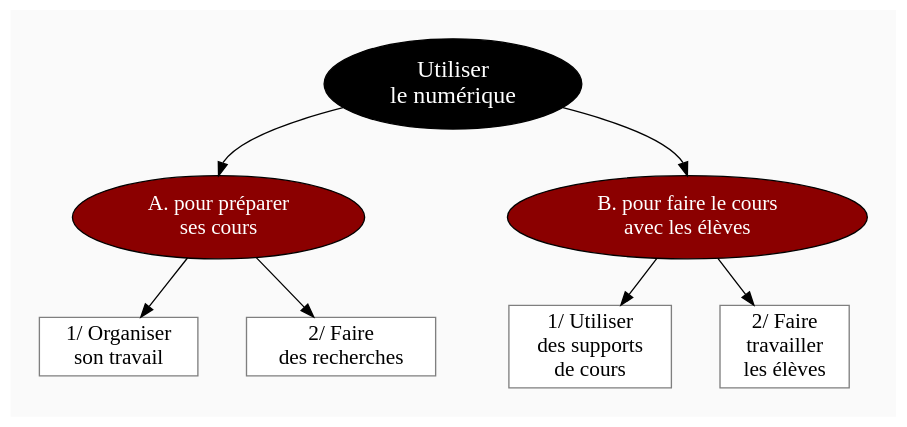
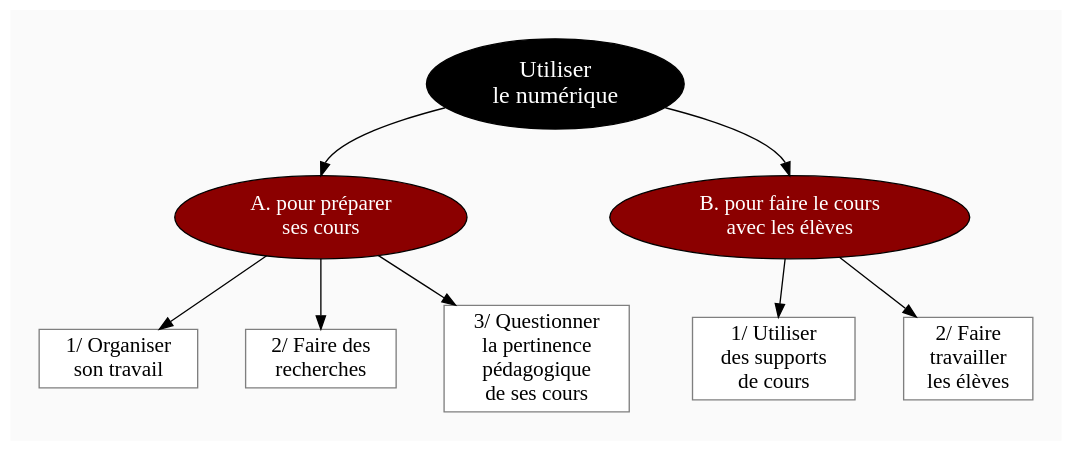
Before and after one commit to eyssette/graphviz-examples: the diagram in diagram/plan-formation-numerique.dot, drawn with Graphviz. The commit also changed 1 other file, not shown here.

```diff
--- a/diagram/plan-formation-numerique.dot
+++ b/diagram/plan-formation-numerique.dot
@@ -1,76 +1,80 @@
 digraph G {
 //rankdir=LR
 splines=curves
 bgcolor=grey98
 pad=0.3
 style=filled
 edge[minlen=4]
 ranksep=0.1
 nodesep=0.5 // valeur à changer ?
 
 // NIVEAU 1
 node[style=filled; fillcolor=12 ; fontcolor=white ; fontsize=18]
 // a1[label=""]
 
 a1[label="Utiliser
 le numérique"]
 
 // NIVEAU 2
 node[style=filled;fillcolor=red4;fontcolor=white; fontsize=16]
 // b1[label=""]
 
 a1->{
 b1[label="A. pour préparer
 ses cours"]
 b2[label="B. pour faire le cours
 avec les élèves"]
 }[headport=n]
 
 {rank=same;b1->b2[style=invis,minlen=3]}
 
 // NIVEAU 3 (sans intermédiaire)
 node [shape=box; style="filled";fillcolor=white;fontcolor=black;color=grey50]
 // c1[label=""]
 
 
 // INTERMEDIAIRE AVANT NIVEAU 3
 node[style=filled;fillcolor=grey78;shape=oval]
 // [arrowhead=none]
 // bc1[label=""]
 
 // NIVEAU 3 (avec intermédiaire)
 node[style="filled";fillcolor=white;shape=box;color=grey50]
 
 // c1[label=""]
 
 b1->{
 c1[label="1/ Organiser
 son travail"]
-c2[label="2/ Faire
-des recherches"]
+c2[label="2/ Faire des
+recherches"]
+c3[label="3/ Questionner
+la pertinence
+pédagogique
+de ses cours"]
 }
 b2->{
-c3[label="1/ Utiliser
+c4[label="1/ Utiliser
 des supports
 de cours"]
-c4[label="2/ Faire
+c5[label="2/ Faire
 travailler
 les élèves"]
 }
 
 
 // NIVEAU 4
 node[style="filled, rounded";fillcolor=white;shape=box;color=grey50]
 
 // d1[label=""]
 
 
 
 // ETIQUETTES EN ROUGE
 node[shape="plaintext";fontcolor=firebrick3;fillcolor=grey98]
 
 // e1[label=< <B>= Titre</B><BR /><BR />Contenu<BR /> >]
 // ->e1[minlen=1;style="invis"]
 
 
 }
```
